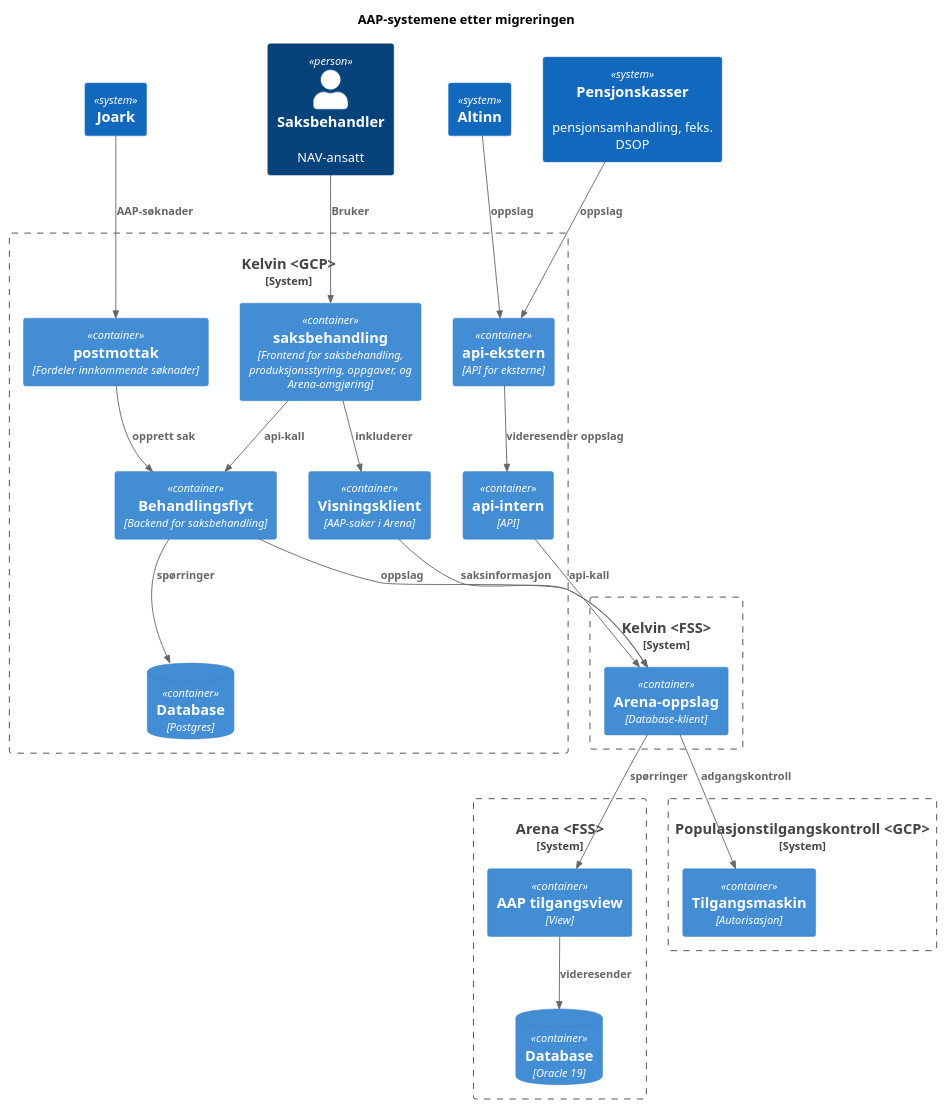
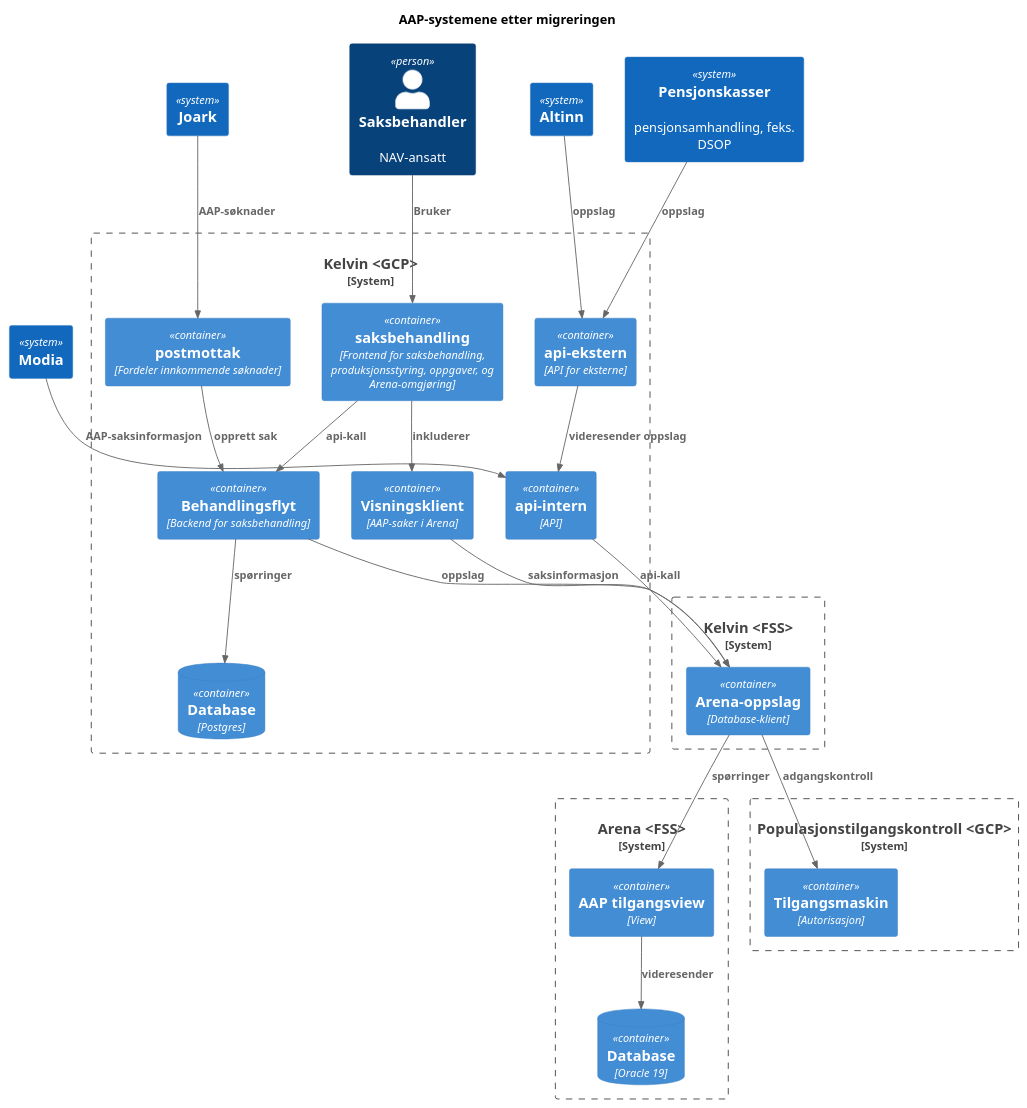
One commit to navikt/aap-arenaoppslag changed the diagram in docs/component_overview_after.plantuml. Above: the diagram before and after it, drawn with PlantUML.

Commit message:
ta med Modia også

```diff
--- a/docs/component_overview_after.plantuml
+++ b/docs/component_overview_after.plantuml
@@ -1,59 +1,63 @@
 @startuml
 !include https://raw.githubusercontent.com/plantuml-stdlib/C4-PlantUML/master/C4_Container.puml
 title AAP-systemene etter migreringen
 
 System(joark, "Joark")
 System(altinn, "Altinn")
 System(pensjonkasser, "Pensjonskasser", "pensjonsamhandling, feks. DSOP")
+System(modia, "Modia", "")
 Person(saksbehandler, "Saksbehandler", "NAV-ansatt")
 
 System_Boundary(kelvin, "Kelvin <GCP>") {
     Container(postmottak, "postmottak", "Fordeler innkommende søknader")
     Container(saksbehandling_kelvin, "saksbehandling", "Frontend for saksbehandling, produksjonsstyring, oppgaver, og Arena-omgjøring")
     Container(behandlingsflyt, "Behandlingsflyt", "Backend for saksbehandling")
     Container(api_intern, "api-intern", "API")
     Container(api_ekstern, "api-ekstern", "API for eksterne")
     ContainerDb(kelvin_db, "Database", "Postgres")
 
     Container(visningsklient, "Visningsklient", "AAP-saker i Arena")
 
     Rel(api_ekstern, api_intern, "videresender oppslag")
     Rel(saksbehandling_kelvin, behandlingsflyt, "api-kall")
     Rel(behandlingsflyt, kelvin_db, "spørringer")
+    Rel(modia, api_intern, "AAP-saksinformasjon")
 
     Rel(postmottak, behandlingsflyt, "opprett sak")
 }
 
 System_Boundary(arena, "Arena <FSS>") {
     ContainerDb(arena_db, "Database", "Oracle 19")
     Container(aap_tilgangsview, "AAP tilgangsview", "View")
     Rel(aap_tilgangsview, arena_db, "videresender")
 }
 
 System_Boundary(kelvin_fss, "Kelvin <FSS>") {
     Container(arena_oppslag, "Arena-oppslag", "Database-klient")
 
 
     Rel(arena_oppslag, aap_tilgangsview, "spørringer")
 
     Rel(api_intern, arena_oppslag, "api-kall")
 }
 
 System_Boundary(tilgangsmaskin_gcp, "Populasjonstilgangskontroll <GCP>") {
     Container(tilgangsmaskin, "Tilgangsmaskin", "Autorisasjon")
     Rel(arena_oppslag, tilgangsmaskin, "adgangskontroll")
 }
 
 Rel(pensjonkasser, api_ekstern, "oppslag")
 Rel(joark, postmottak, "AAP-søknader")
 Rel(altinn, api_ekstern, "oppslag")
 
 Rel(visningsklient, arena_oppslag, "saksinformasjon")
 Rel(behandlingsflyt, arena_oppslag, "oppslag")
 
 Rel(saksbehandler, saksbehandling_kelvin, "Bruker")
 Rel(saksbehandling_kelvin, visningsklient, "inkluderer")
 
 Lay_L(postmottak, saksbehandling_kelvin)
 Lay_U(kelvin_db, behandlingsflyt)
+Lay_U(api_intern, api_ekstern)
+Lay_R(visningsklient, api_intern)
 @enduml
```
